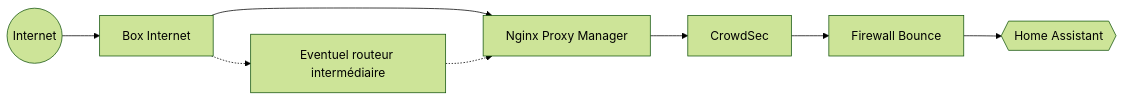
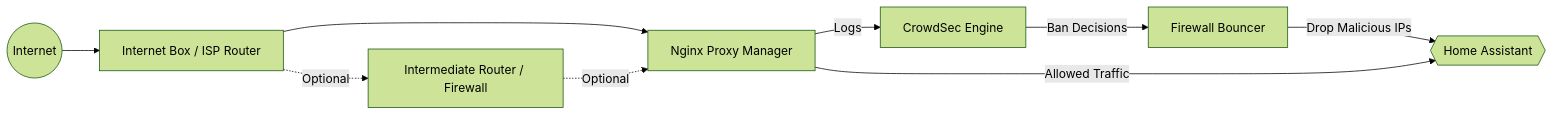
One commit to Angelius007/homeassistant-crowdsec changed the diagram in README.md. Above: the diagram before and after it, drawn with Mermaid (forest theme).

Commit message:
Revise flowchart for network architecture
Updated flowchart in README to clarify network components.

````diff
--- a/README.md
+++ b/README.md
@@ -7,12 +7,16 @@
 ```mermaid
 flowchart LR
 
 A((Internet))
-A --> B1[Box Internet]
-B1 -.-> B2[Eventuel routeur intermédiaire]
+
+A --> B1[Internet Box / ISP Router]
+B1 -. Optional .-> B2[Intermediate Router / Firewall]
+
 B1 --> C[Nginx Proxy Manager]
-B2 -.-> C[Nginx Proxy Manager]
-C --> D[CrowdSec]
-D --> E[Firewall Bounce]
-E --> F{{Home Assistant}}
+B2 -. Optional .-> C
+
+C --> |Logs| D[CrowdSec Engine]
+D --> |Ban Decisions| E[Firewall Bouncer]
+E --> |Drop Malicious IPs|F{{Home Assistant}}
+C -->|Allowed Traffic| F
 ```
````
